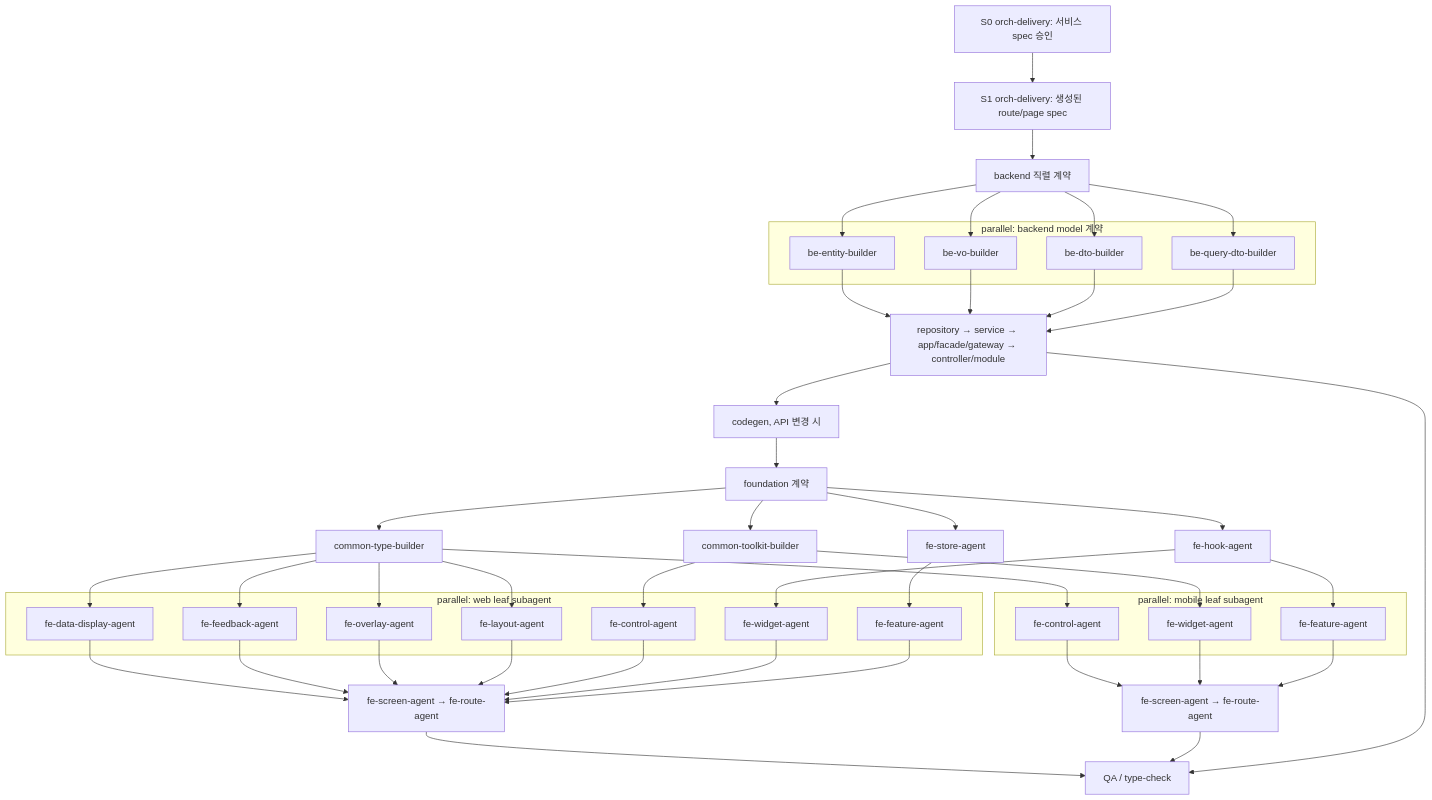
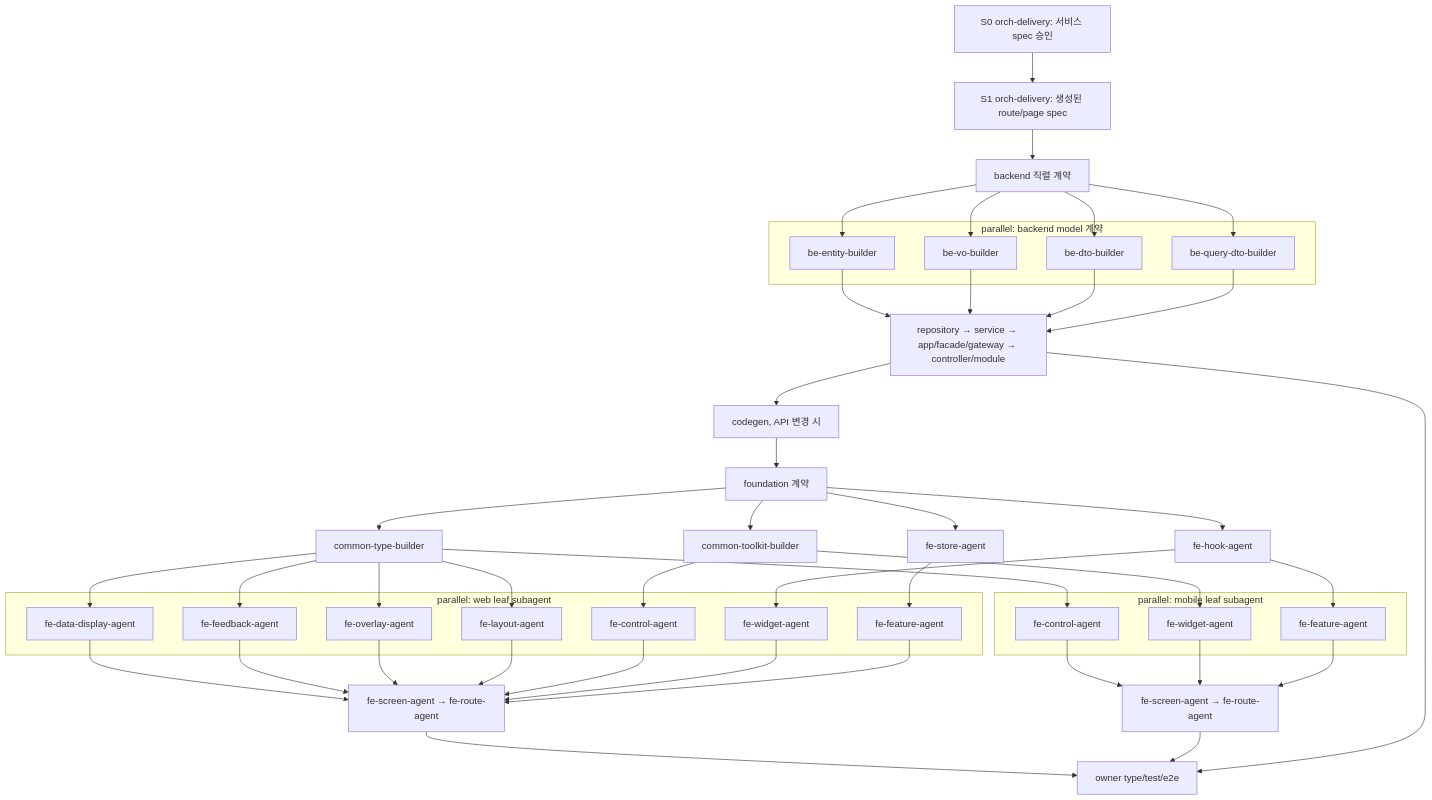
Before and after one commit to kimjoongwon/prj-core: the third of 6 diagrams in docs/orchestration-agent-relationship-flow.md, drawn with Mermaid. The commit also changed other lines of this file and 413 other files, not shown here.

````diff
--- a/docs/orchestration-agent-relationship-flow.md
+++ b/docs/orchestration-agent-relationship-flow.md
@@ -129,65 +130,65 @@
 ```mermaid
 flowchart TD
   Gate["S0 orch-delivery: 서비스 spec 승인"] --> RouteGen["S1 orch-delivery: 생성된 route/page spec"]
   RouteGen --> Backend["backend 직렬 계약"]
   subgraph BParallel["parallel: backend model 계약"]
     Entity["be-entity-builder"]
     VO["be-vo-builder"]
     DTO["be-dto-builder"]
     QueryDto["be-query-dto-builder"]
   end
   Backend --> Entity
   Backend --> VO
   Backend --> DTO
   Backend --> QueryDto
   Entity --> 런타임["repository → service → app/facade/gateway → controller/module"]
   VO --> 런타임
   DTO --> 런타임
   QueryDto --> 런타임
   런타임 --> Codegen["codegen, API 변경 시"]
   Codegen --> Foundation["foundation 계약"]
   Foundation --> Types["common-type-builder"]
   Foundation --> Toolkit["common-toolkit-builder"]
   Foundation --> Hook["fe-hook-agent"]
   Foundation --> Store["fe-store-agent"]
 
   subgraph WebParallel["parallel: web leaf subagent"]
     DataDisplay["fe-data-display-agent"]
     Feedback["fe-feedback-agent"]
     Overlay["fe-overlay-agent"]
     Layout["fe-layout-agent"]
     Control["fe-control-agent"]
     Widget["fe-widget-agent"]
     Feature["fe-feature-agent"]
   end
   Types --> DataDisplay
   Types --> Feedback
   Types --> Overlay
   Types --> Layout
   Toolkit --> Control
   Hook --> Widget
   Store --> Feature
   DataDisplay --> WebRoute["fe-screen-agent → fe-route-agent"]
   Feedback --> WebRoute
   Overlay --> WebRoute
   Layout --> WebRoute
   Control --> WebRoute
   Widget --> WebRoute
   Feature --> WebRoute
 
   subgraph MobileParallel["parallel: mobile leaf subagent"]
     Action["fe-control-agent"]
     MoWidget["fe-widget-agent"]
     MoFeature["fe-feature-agent"]
   end
   Types --> Action
   Toolkit --> MoWidget
   Hook --> MoFeature
   Action --> MobileRoute["fe-screen-agent → fe-route-agent"]
   MoWidget --> MobileRoute
   MoFeature --> MobileRoute
 
-  WebRoute --> QA["QA / type-check"]
-  MobileRoute --> QA
-  런타임 --> QA
+  WebRoute --> Verify["owner type/test/e2e"]
+  MobileRoute --> Verify
+  런타임 --> Verify
 ```
````
